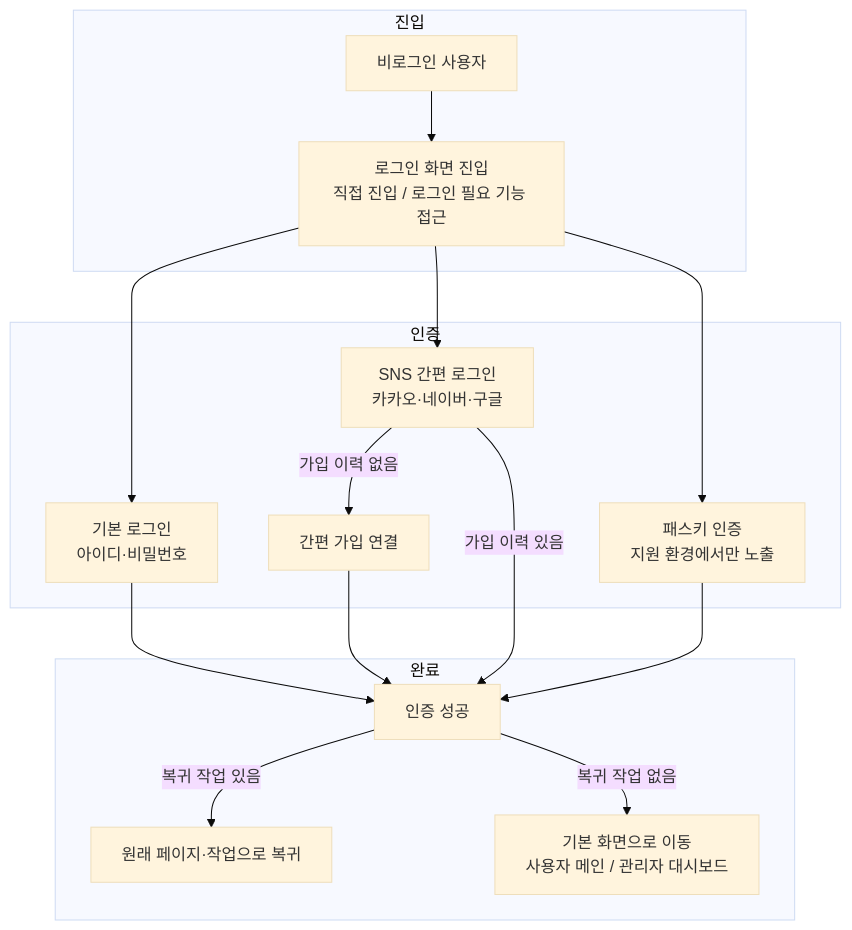
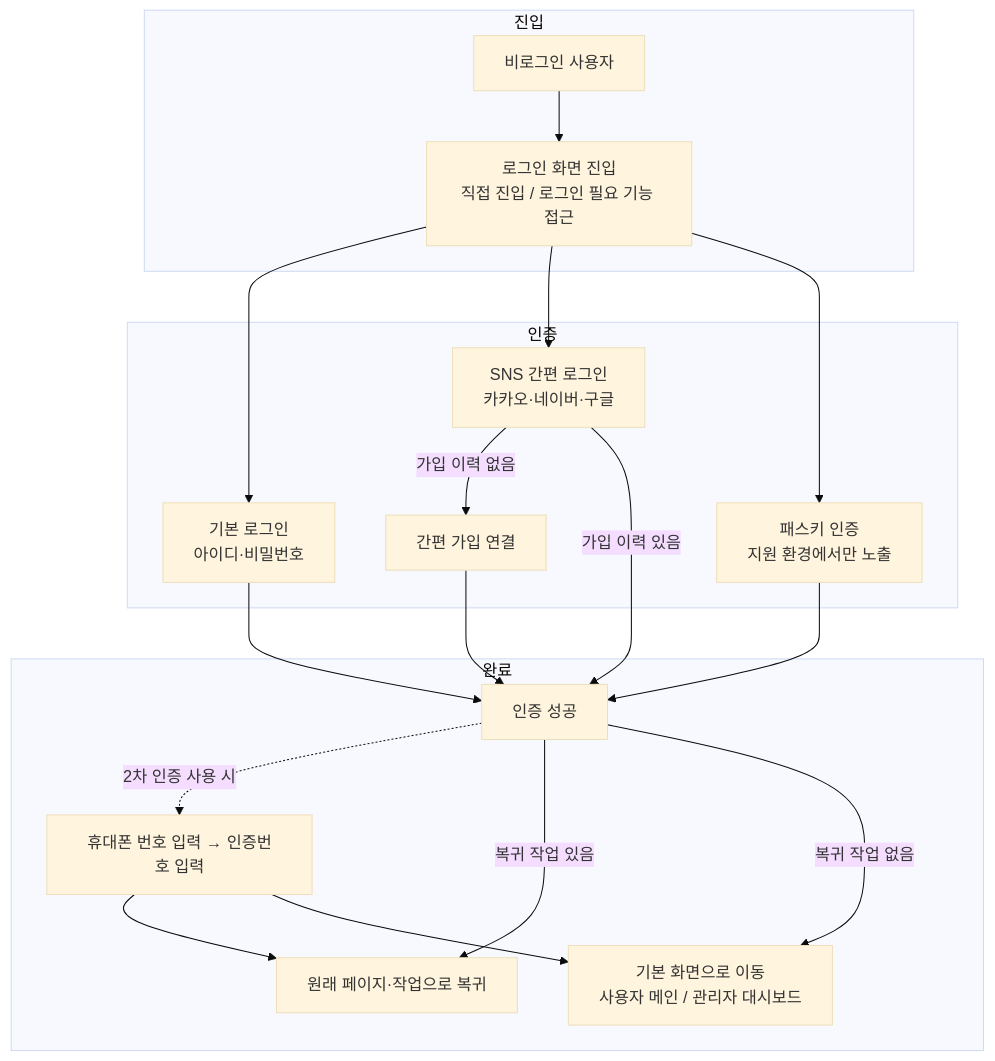
Before and after one commit to righthoya/myuxopia: the diagram in content/policies/login.md, drawn with Mermaid (base theme). The commit also changed other lines of this file, not shown here.

Commit message:
로그인 정책 v0.2: 2차 인증(휴대폰, 선택) 추가, 세션 만료 1시간(권장)

````diff
--- a/content/policies/login.md
+++ b/content/policies/login.md
@@ -37,20 +38,23 @@
 ```mermaid
 flowchart TB
   subgraph 진입
     A[비로그인 사용자] --> B[로그인 화면 진입<br>직접 진입 / 로그인 필요 기능 접근]
   end
   subgraph 인증
     B --> C[기본 로그인<br>아이디·비밀번호]
     B --> D[SNS 간편 로그인<br>카카오·네이버·구글]
     B --> E[패스키 인증<br>지원 환경에서만 노출]
     D -->|가입 이력 없음| F[간편 가입 연결]
   end
   subgraph 완료
     C --> G[인증 성공]
     D -->|가입 이력 있음| G
     E --> G
     F --> G
+    G -.2차 인증 사용 시.-> T[휴대폰 번호 입력 → 인증번호 입력]
+    T --> H
+    T --> I
     G -->|복귀 작업 있음| H[원래 페이지·작업으로 복귀]
     G -->|복귀 작업 없음| I[기본 화면으로 이동<br>사용자 메인 / 관리자 대시보드]
   end
 ```
````
